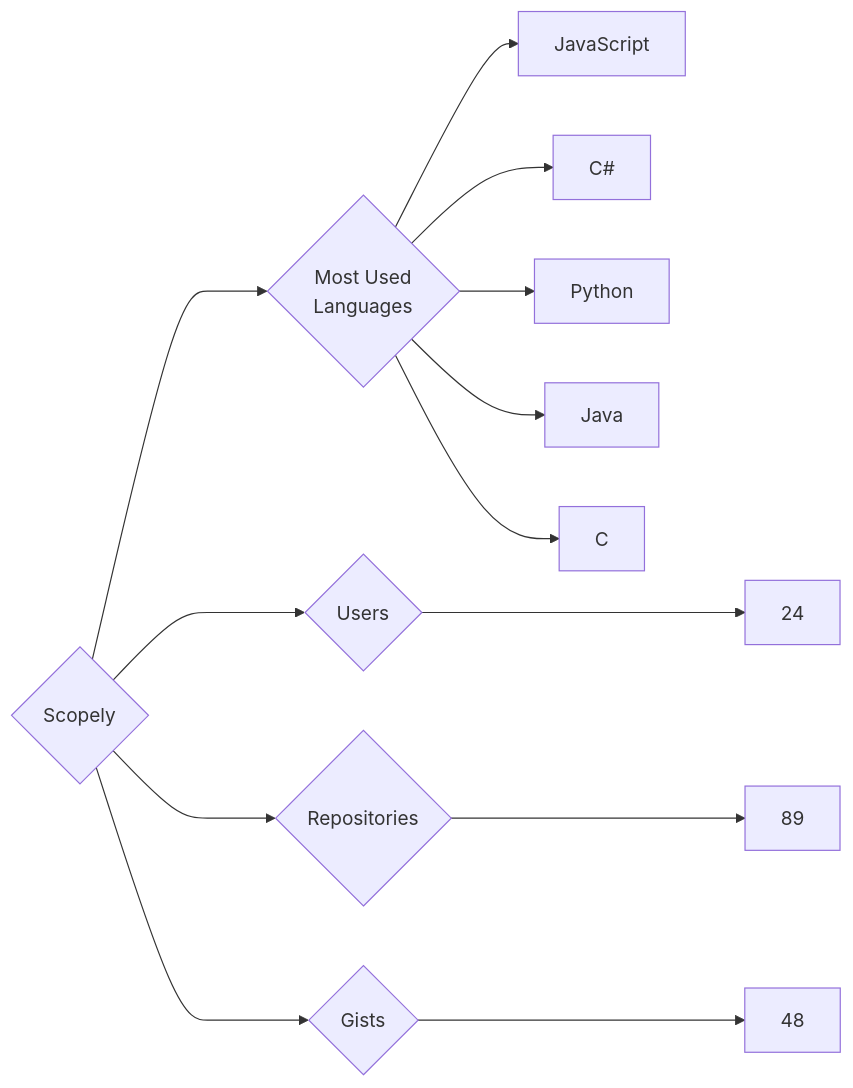
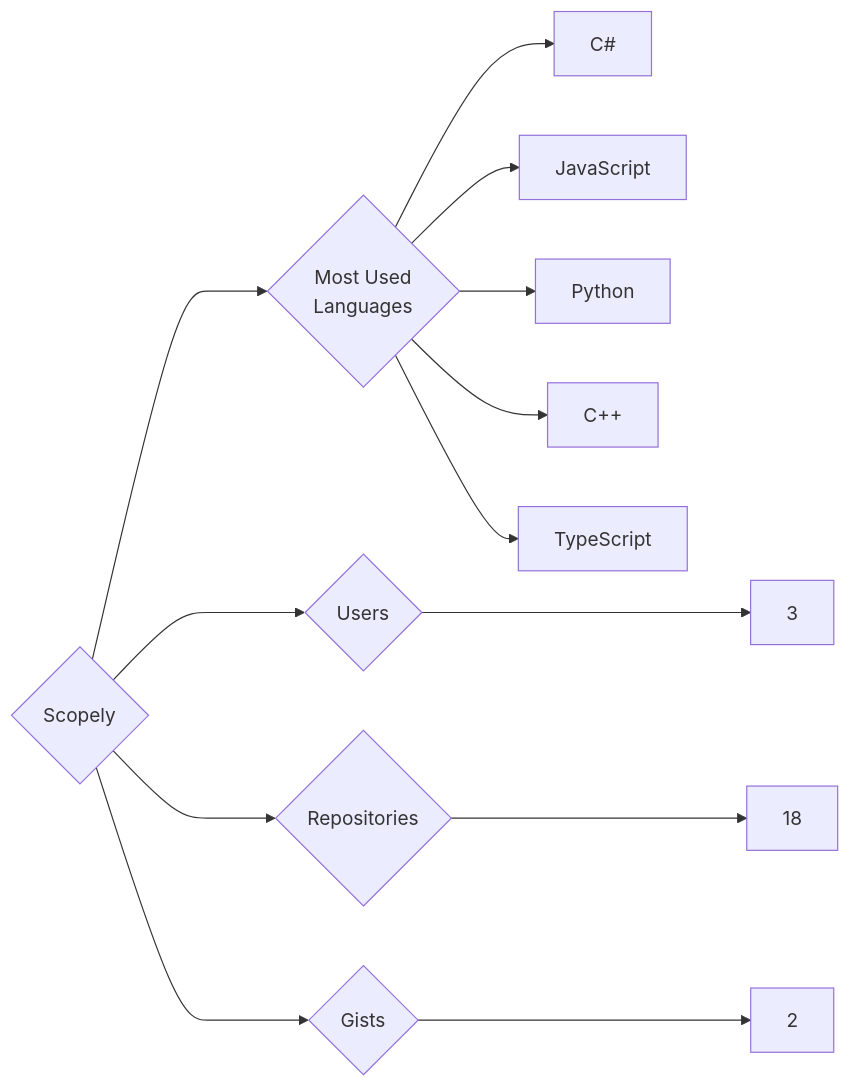
One commit to trickest/insiders changed the diagram in targets/Scopely/README.md. Above: the diagram before and after it, drawn with Mermaid. The commit also changed 928 other files, not shown here.

````diff
--- a/targets/Scopely/README.md
+++ b/targets/Scopely/README.md
@@ -3,13 +3,13 @@
 ```mermaid
 graph LR
 COMPANY_NAME{Scopely}
-COMPANY_NAME ---> U{Users} ---> UN[24]
-COMPANY_NAME ---> R{Repositories} ---> RN[89]
-COMPANY_NAME ---> G{Gists} ---> GN[48]
+COMPANY_NAME ---> U{Users} ---> UN[3]
+COMPANY_NAME ---> R{Repositories} ---> RN[18]
+COMPANY_NAME ---> G{Gists} ---> GN[2]
 COMPANY_NAME ---> ML{Most Used<br>Languages}
+ML --> C#[C#]
 ML --> JavaScript[JavaScript]
-ML --> C#[C#]
 ML --> Python[Python]
-ML --> Java[Java]
-ML --> C[C]
+ML --> C++[C++]
+ML --> TypeScript[TypeScript]
 ```
````
